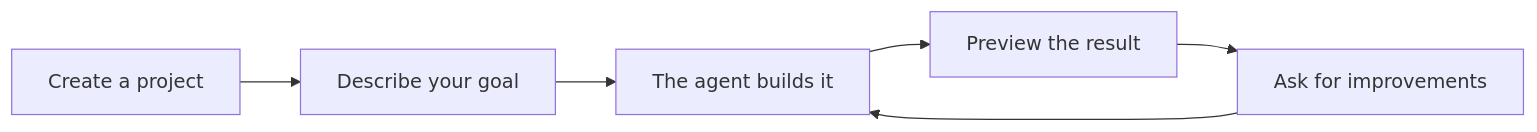
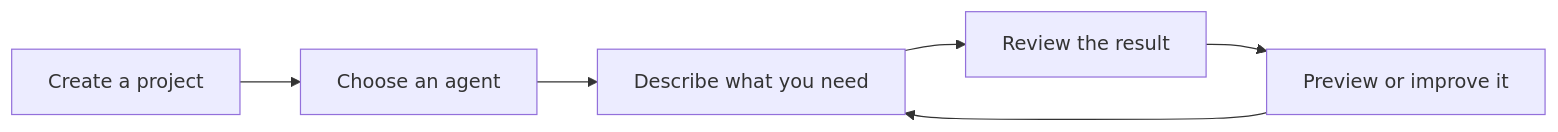
The second of 3 diagrams in README.md (AbdallahMohamedDotnet/remote.futrx), drawn with Mermaid before and after one commit. The commit also changed other lines of this file, not shown here.

````diff
--- a/README.md
+++ b/README.md
@@ -48,8 +68,8 @@
 ```mermaid
 flowchart LR
-    A["Create a project"] --> B["Describe your goal"]
-    B --> C["The agent builds it"]
-    C --> D["Preview the result"]
-    D --> E["Ask for improvements"]
+    A["Create a project"] --> B["Choose an agent"]
+    B --> C["Describe what you need"]
+    C --> D["Review the result"]
+    D --> E["Preview or improve it"]
     E --> C
 ```
````
